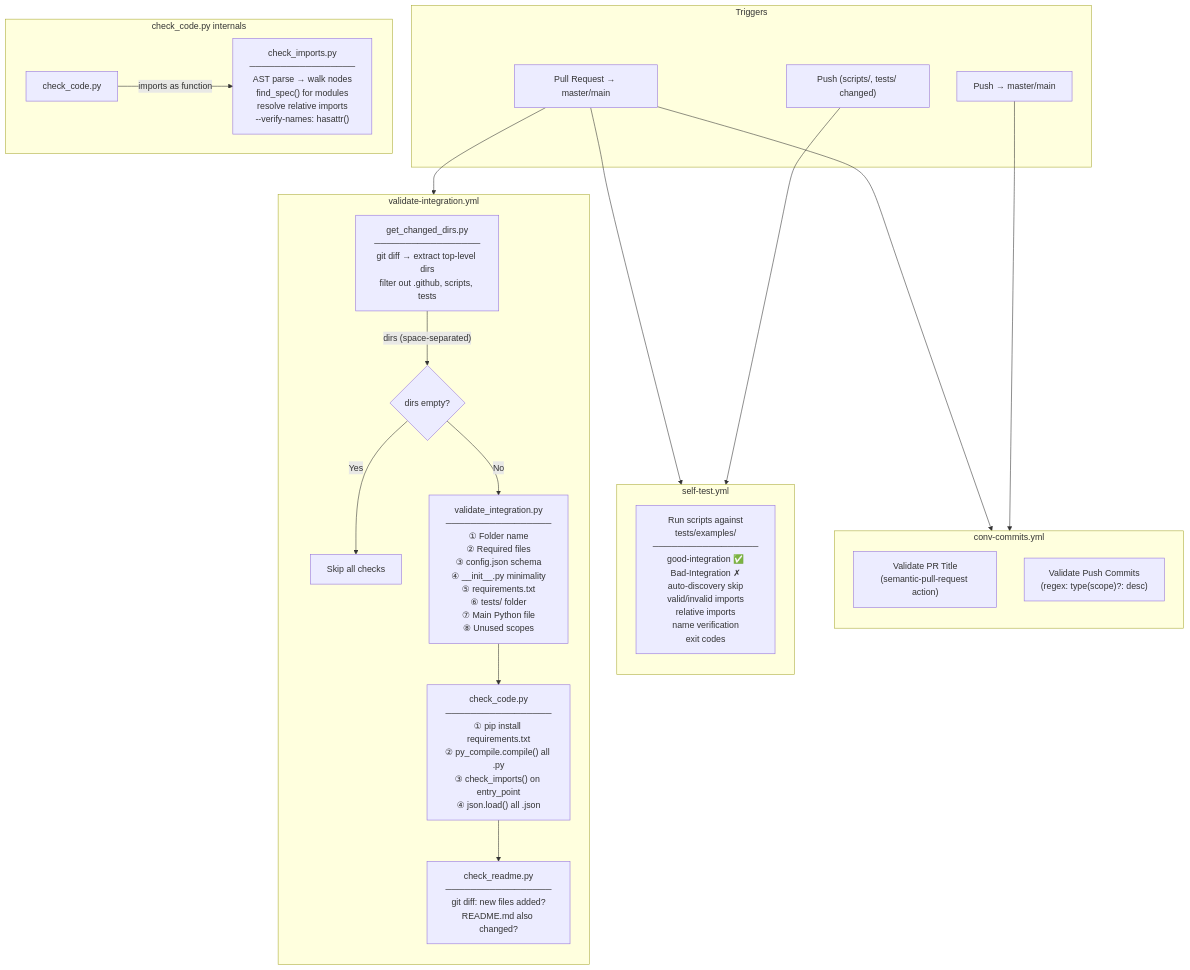
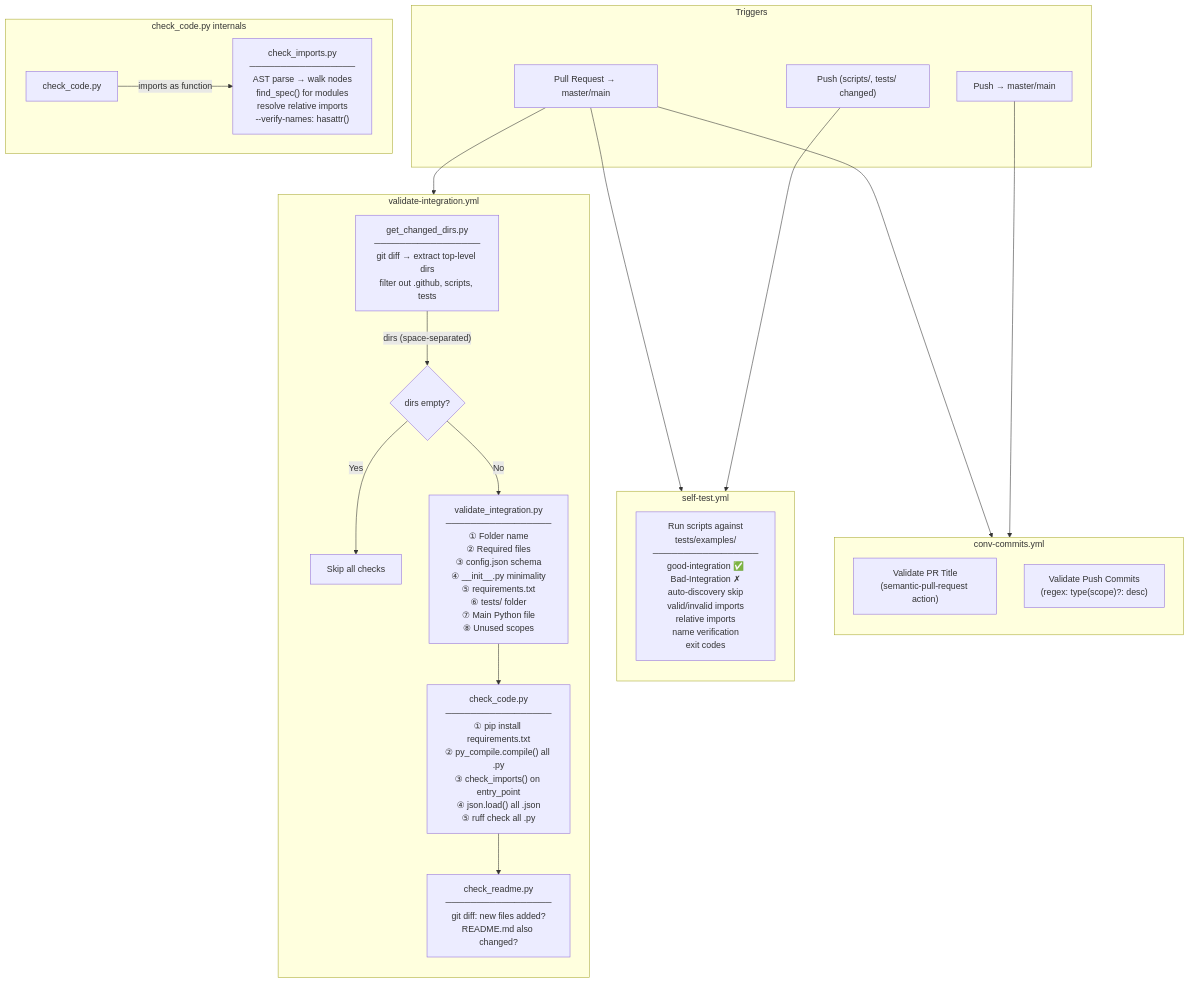
One commit to Autohive-AI/autohive-integrations-tooling changed the diagram in README.md. Above: the diagram before and after it, drawn with Mermaid. The commit also changed other lines of this file and 3 other files, not shown here.

Commit message:
feat: add ruff lint step to check_code.py

````diff
--- a/README.md
+++ b/README.md
@@ -24,40 +25,40 @@
 ```mermaid
 flowchart TB
     subgraph triggers["Triggers"]
         PR["Pull Request → master/main"]
         PUSH_SCRIPTS["Push (scripts/, tests/ changed)"]
         PUSH_MAIN["Push → master/main"]
     end
 
     subgraph wf1["validate-integration.yml"]
         direction TB
         GCD["get_changed_dirs.py\n─────────────────\ngit diff → extract top-level dirs\nfilter out .github, scripts, tests"]
         GCD -->|"dirs (space-separated)"| COND{dirs empty?}
         COND -->|Yes| SKIP[Skip all checks]
         COND -->|No| VI["validate_integration.py\n─────────────────\n① Folder name\n② Required files\n③ config.json schema\n④ __init__.py minimality\n⑤ requirements.txt\n⑥ tests/ folder\n⑦ Main Python file\n⑧ Unused scopes"]
-        VI --> CC["check_code.py\n─────────────────\n① pip install requirements.txt\n② py_compile.compile() all .py\n③ check_imports() on entry_point\n④ json.load() all .json"]
+        VI --> CC["check_code.py\n─────────────────\n① pip install requirements.txt\n② py_compile.compile() all .py\n③ check_imports() on entry_point\n④ json.load() all .json\n⑤ ruff check all .py"]
         CC --> CR["check_readme.py\n─────────────────\ngit diff: new files added?\nREADME.md also changed?"]
     end
 
     subgraph ci_detail["check_code.py internals"]
         direction LR
         CC2["check_code.py"] -->|"imports as function"| CI["check_imports.py\n─────────────────\nAST parse → walk nodes\nfind_spec() for modules\nresolve relative imports\n--verify-names: hasattr()"]
     end
 
     subgraph wf2["self-test.yml"]
         direction TB
         ST["Run scripts against\ntests/examples/\n─────────────────\ngood-integration ✅\nBad-Integration ✗\nauto-discovery skip\nvalid/invalid imports\nrelative imports\nname verification\nexit codes"]
     end
 
     subgraph wf3["conv-commits.yml"]
         direction TB
         PRT["Validate PR Title\n(semantic-pull-request action)"]
         CMT["Validate Push Commits\n(regex: type(scope)?: desc)"]
     end
 
     PR --> wf1
     PR --> wf2
     PR --> wf3
     PUSH_SCRIPTS --> wf2
     PUSH_MAIN --> wf3
 ```
````
